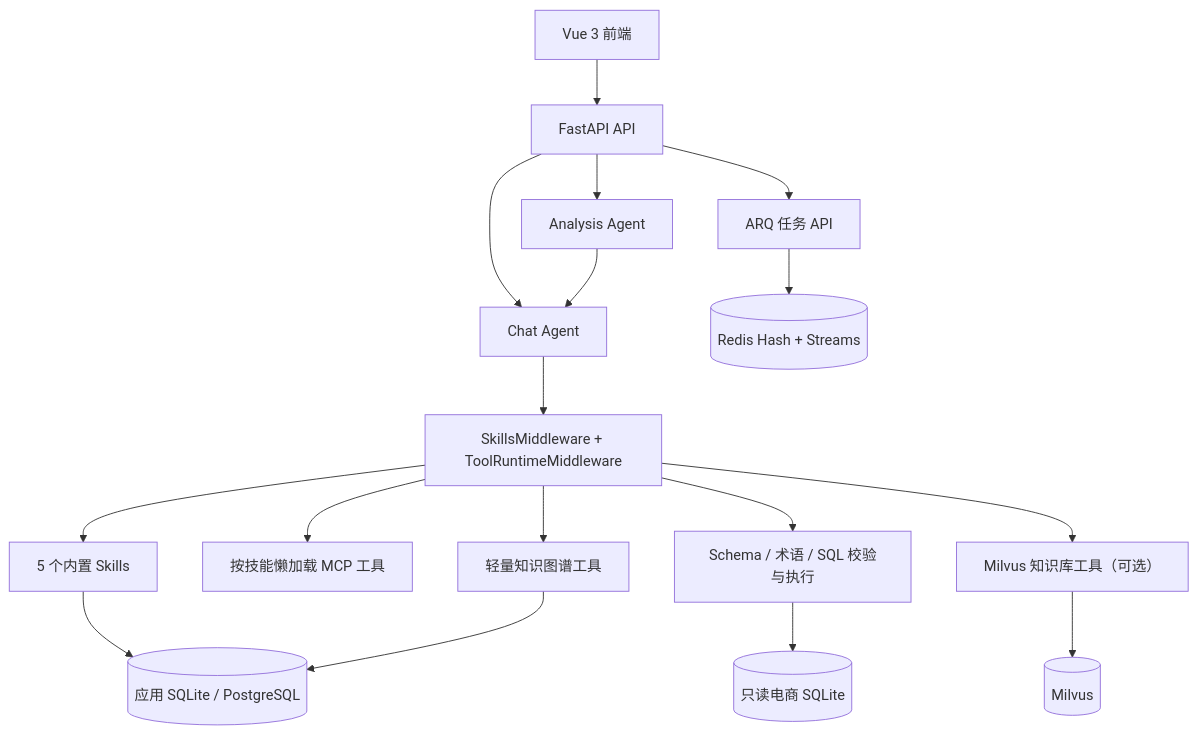
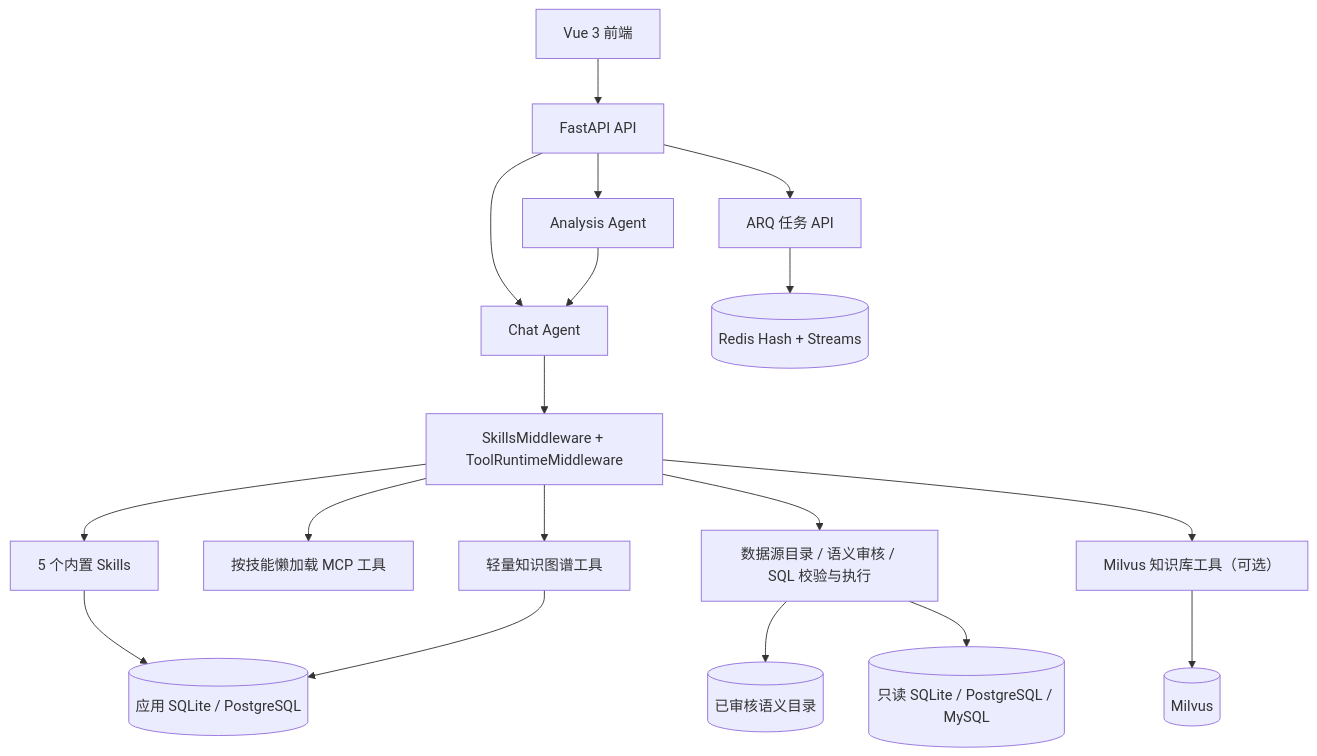
One commit to ysysn315/data-agent changed the diagram in README.md. Above: the diagram before and after it, drawn with Mermaid. The commit also changed other lines of this file and 47 other files, not shown here.

````diff
--- a/README.md
+++ b/README.md
@@ -26,21 +26,22 @@
 ```mermaid
 flowchart TB
     UI["Vue 3 前端"] --> API["FastAPI API"]
     API --> CHAT["Chat Agent"]
     API --> ANALYSIS["Analysis Agent"]
     API --> TASKS["ARQ 任务 API"]
 
     CHAT --> MW["SkillsMiddleware + ToolRuntimeMiddleware"]
     ANALYSIS --> CHAT
     MW --> SKILLS["5 个内置 Skills"]
     MW --> MCP["按技能懒加载 MCP 工具"]
-    MW --> SQL["Schema / 术语 / SQL 校验与执行"]
+    MW --> SQL["数据源目录 / 语义审核 / SQL 校验与执行"]
     MW --> KB["Milvus 知识库工具（可选）"]
     MW --> GRAPH["轻量知识图谱工具"]
 
     TASKS --> REDIS[("Redis Hash + Streams")]
-    SQL --> BIZDB[("只读电商 SQLite")]
+    SQL --> CATALOG[("已审核语义目录")]
+    SQL --> BIZDB[("只读 SQLite / PostgreSQL / MySQL")]
     SKILLS --> APPDB[("应用 SQLite / PostgreSQL")]
     GRAPH --> APPDB
     KB --> MILVUS[("Milvus")]
 ```
````
